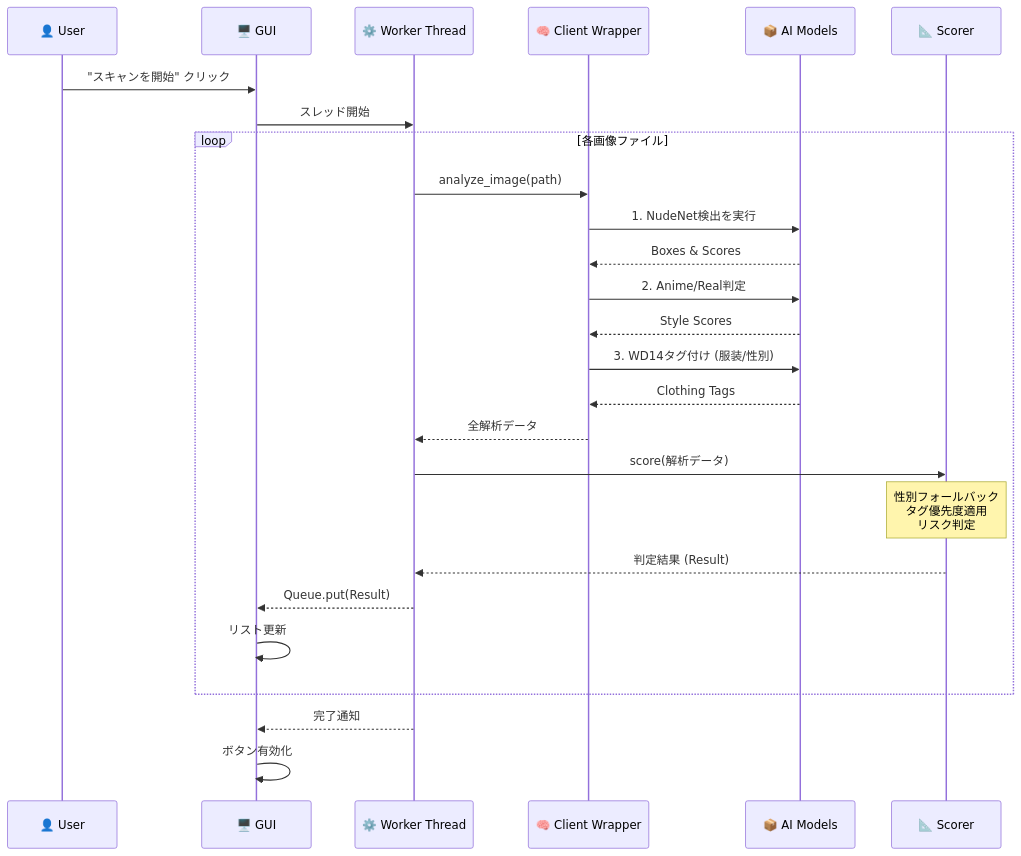
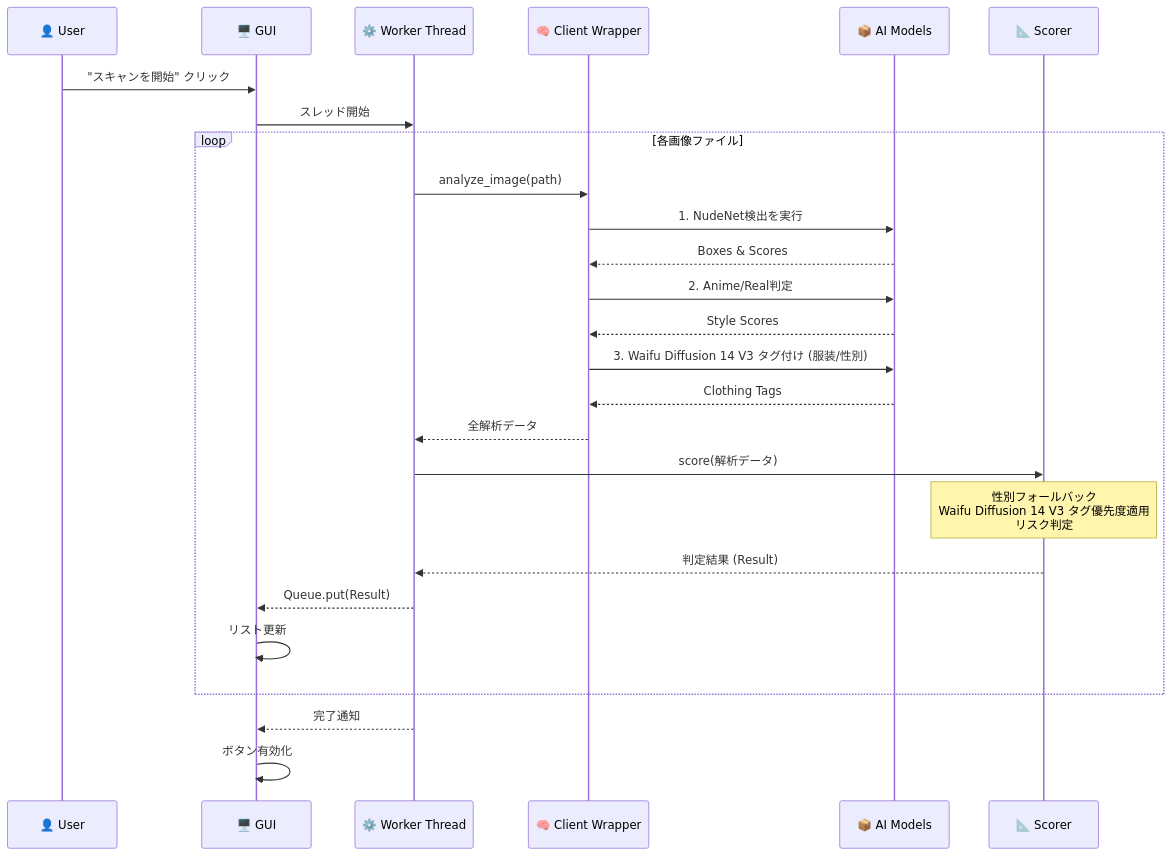
The second of 2 diagrams in README.md (igashira0324/chk-NudeNet-WD14V3-NSFW), drawn with Mermaid before and after one commit. The commit also changed other lines of this file and 1 other file, not shown here.

````diff
--- a/README.md
+++ b/README.md
@@ -84,36 +84,36 @@
 ```mermaid
 sequenceDiagram
     participant User as 👤 User
     participant GUI as 🖥️ GUI
     participant Thread as ⚙️ Worker Thread
     participant Client as 🧠 Client Wrapper
     participant Models as 📦 AI Models
     participant Scorer as 📐 Scorer
 
     User->>GUI: "スキャンを開始" クリック
     GUI->>Thread: スレッド開始
     
     loop 各画像ファイル
         Thread->>Client: analyze_image(path)
         Client->>Models: 1. NudeNet検出を実行
         Models-->>Client: Boxes & Scores
         
         Client->>Models: 2. Anime/Real判定
         Models-->>Client: Style Scores
         
-        Client->>Models: 3. WD14タグ付け (服装/性別)
+        Client->>Models: 3. Waifu Diffusion 14 V3 タグ付け (服装/性別)
         Models-->>Client: Clothing Tags
         
         Client-->>Thread: 全解析データ
         
         Thread->>Scorer: score(解析データ)
-        Note over Scorer: 性別フォールバック<br/>タグ優先度適用<br/>リスク判定
+        Note over Scorer: 性別フォールバック<br/>Waifu Diffusion 14 V3 タグ優先度適用<br/>リスク判定
         Scorer-->>Thread: 判定結果 (Result)
         
         Thread-->>GUI: Queue.put(Result)
         GUI->>GUI: リスト更新
     end
     
     Thread-->>GUI: 完了通知
     GUI->>GUI: ボタン有効化
 ```
````
